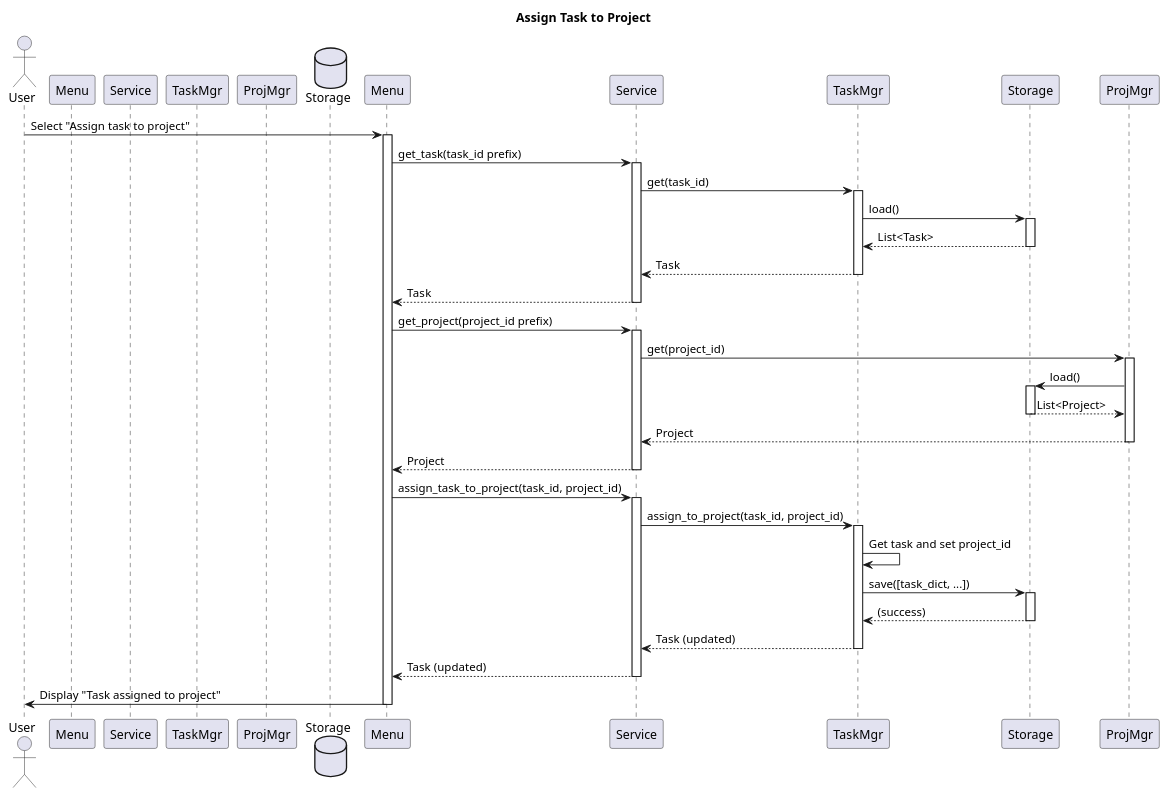
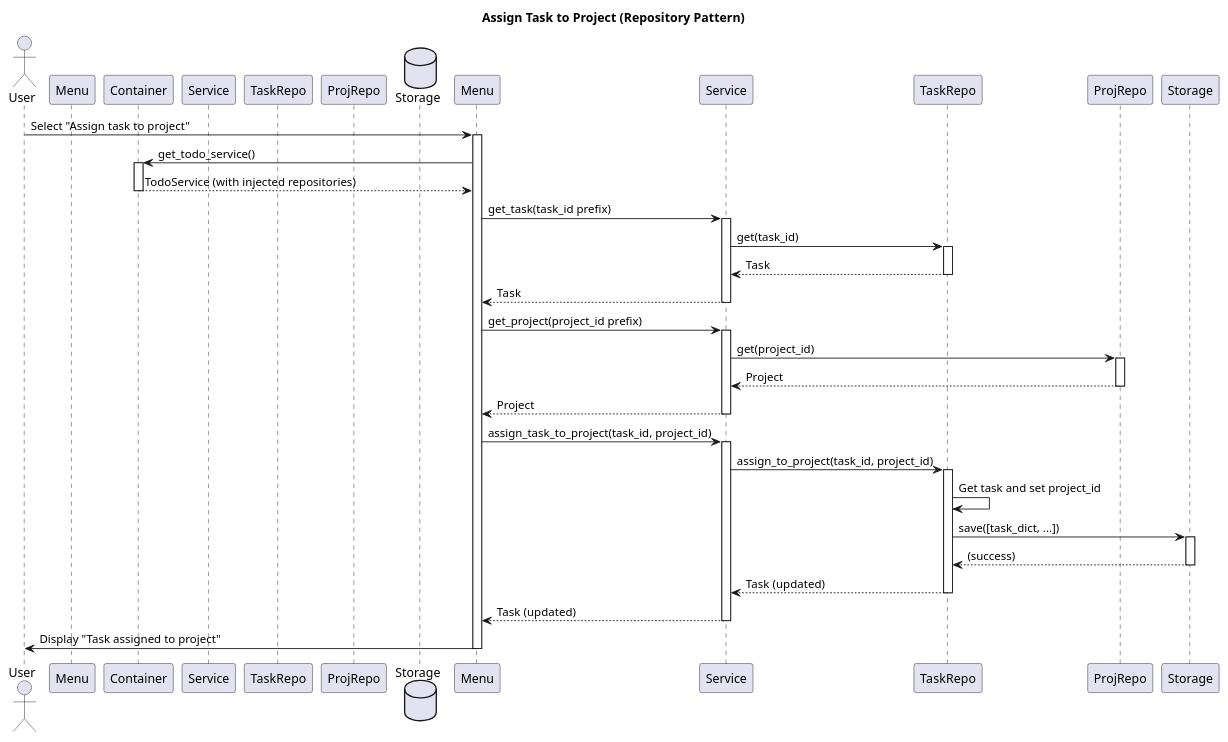
One commit to DanielRiha8906/Software_autoevolution_using_agents changed the diagram in experiments/pipeline/structured_text/TODO/artifacts/sequence_diagram.puml. Above: the diagram before and after it, drawn with PlantUML. The commit also changed 36 other files, not shown here.

First line of the commit message:
Task 09: Separate TODO manager into clean layered architecture

```diff
--- a/experiments/pipeline/structured_text/TODO/artifacts/sequence_diagram.puml
+++ b/experiments/pipeline/structured_text/TODO/artifacts/sequence_diagram.puml
@@ -1,58 +1,56 @@
 @startuml sequence_diagram
 
-title Assign Task to Project
+title Assign Task to Project (Repository Pattern)
 
 actor User
 participant Menu as InteractiveMenu
+participant Container as Container
 participant Service as TodoService
-participant TaskMgr as TaskManager
-participant ProjMgr as ProjectManager
+participant TaskRepo as TaskRepository
+participant ProjRepo as ProjectRepository
 database Storage as JsonStorage
 
 User -> Menu: Select "Assign task to project"
 activate Menu
 
+Menu -> Container: get_todo_service()
+activate Container
+Container --> Menu: TodoService (with injected repositories)
+deactivate Container
+
 Menu -> Service: get_task(task_id prefix)
 activate Service
-Service -> TaskMgr: get(task_id)
-activate TaskMgr
-TaskMgr -> Storage: load()
-activate Storage
-Storage --> TaskMgr: List<Task>
-deactivate Storage
-TaskMgr --> Service: Task
-deactivate TaskMgr
+Service -> TaskRepo: get(task_id)
+activate TaskRepo
+TaskRepo --> Service: Task
+deactivate TaskRepo
 Service --> Menu: Task
 deactivate Service
 
 Menu -> Service: get_project(project_id prefix)
 activate Service
-Service -> ProjMgr: get(project_id)
-activate ProjMgr
-ProjMgr -> Storage: load()
-activate Storage
-Storage --> ProjMgr: List<Project>
-deactivate Storage
-ProjMgr --> Service: Project
-deactivate ProjMgr
+Service -> ProjRepo: get(project_id)
+activate ProjRepo
+ProjRepo --> Service: Project
+deactivate ProjRepo
 Service --> Menu: Project
 deactivate Service
 
 Menu -> Service: assign_task_to_project(task_id, project_id)
 activate Service
-Service -> TaskMgr: assign_to_project(task_id, project_id)
-activate TaskMgr
-TaskMgr -> TaskMgr: Get task and set project_id
-TaskMgr -> Storage: save([task_dict, ...])
+Service -> TaskRepo: assign_to_project(task_id, project_id)
+activate TaskRepo
+TaskRepo -> TaskRepo: Get task and set project_id
+TaskRepo -> Storage: save([task_dict, ...])
 activate Storage
-Storage --> TaskMgr: (success)
+Storage --> TaskRepo: (success)
 deactivate Storage
-TaskMgr --> Service: Task (updated)
-deactivate TaskMgr
+TaskRepo --> Service: Task (updated)
+deactivate TaskRepo
 Service --> Menu: Task (updated)
 deactivate Service
 
 Menu -> User: Display "Task assigned to project"
 deactivate Menu
 
 @enduml
```
